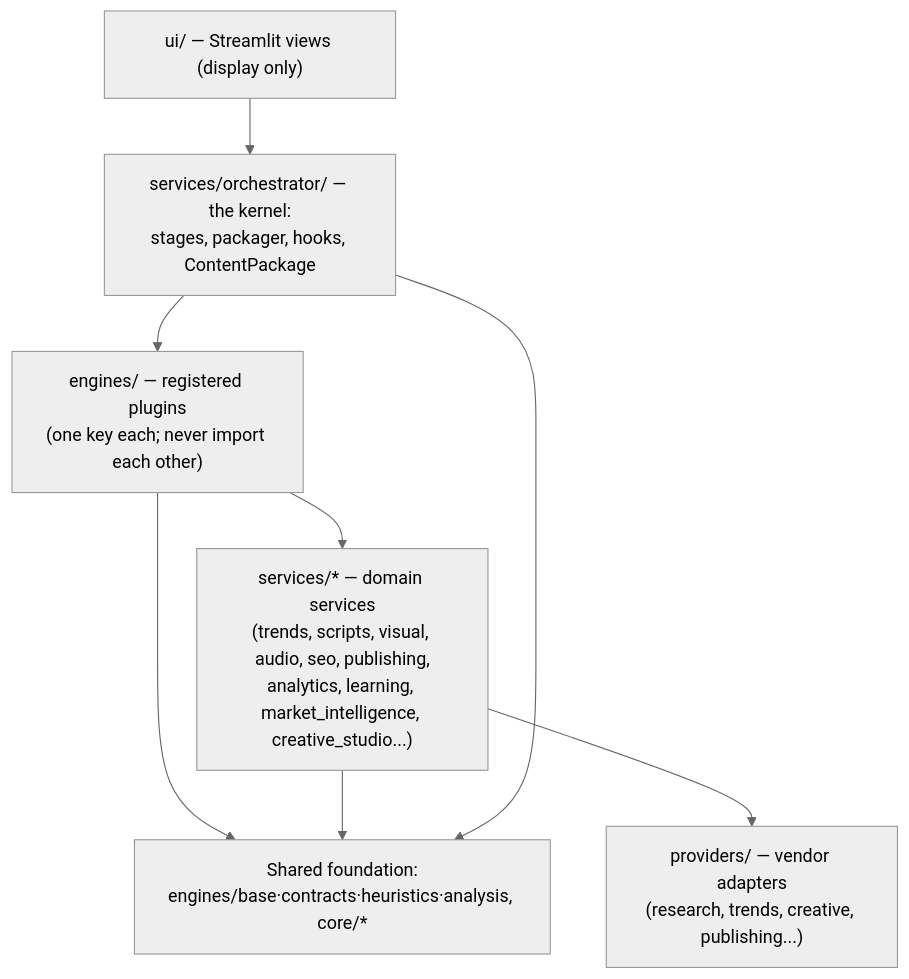
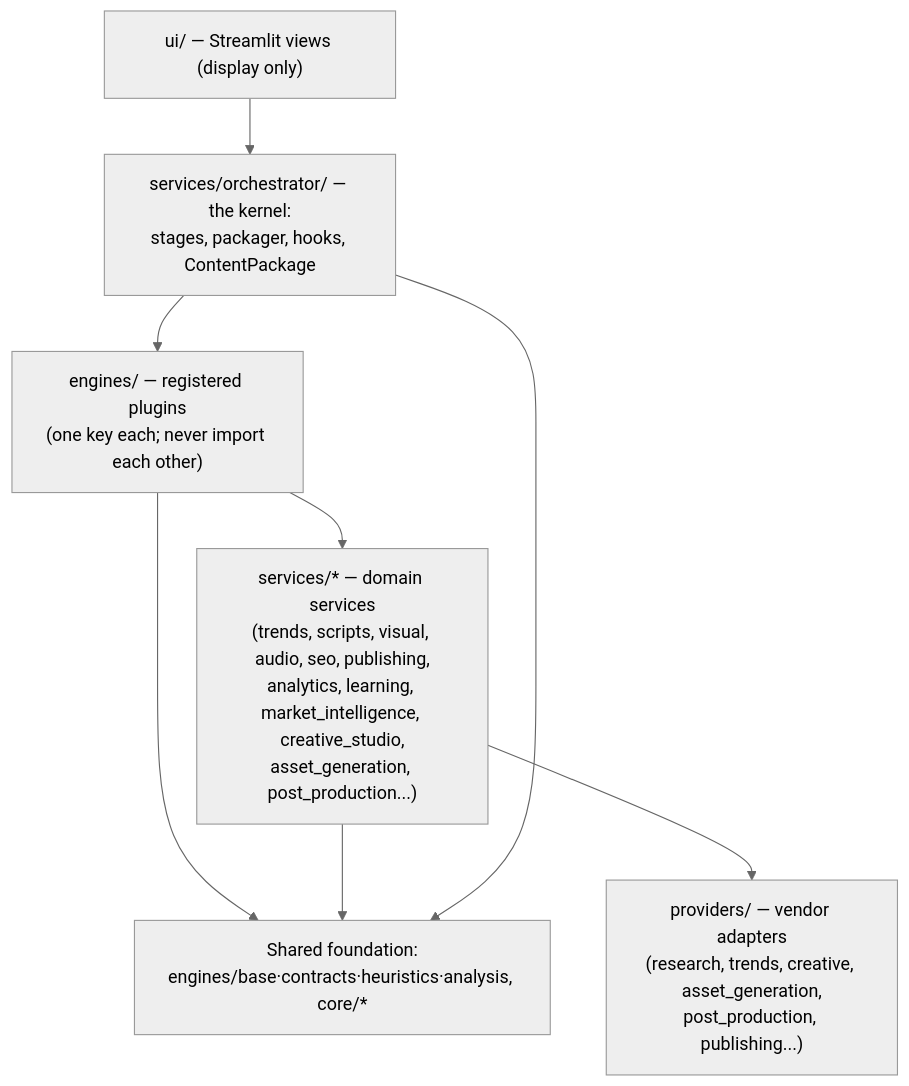
Before and after one commit to jbrottem1/generational: the first of 2 diagrams in SYSTEM_DEPENDENCY_MAP.md, drawn with Mermaid (neutral theme). The commit also changed other lines of this file and 18 other files, not shown here.

First line of the commit message:
Architecture review v9.9: integrate Agents 12-17 into preferred pipeline

````diff
--- a/SYSTEM_DEPENDENCY_MAP.md
+++ b/SYSTEM_DEPENDENCY_MAP.md
@@ -14,17 +14,17 @@
 ```mermaid
 graph TD
     UI["ui/ — Streamlit views (display only)"]
     ORCH["services/orchestrator/ — the kernel:<br/>stages, packager, hooks, ContentPackage"]
-    SVC["services/* — domain services<br/>(trends, scripts, visual, audio, seo, publishing,<br/>analytics, learning, market_intelligence, creative_studio...)"]
+    SVC["services/* — domain services<br/>(trends, scripts, visual, audio, seo, publishing,<br/>analytics, learning, market_intelligence, creative_studio,<br/>asset_generation, post_production...)"]
     ENG["engines/ — registered plugins<br/>(one key each; never import each other)"]
     LIB["Shared foundation:<br/>engines/base·contracts·heuristics·analysis, core/*"]
-    PROV["providers/ — vendor adapters<br/>(research, trends, creative, publishing...)"]
+    PROV["providers/ — vendor adapters<br/>(research, trends, creative, asset_generation,<br/>post_production, publishing...)"]
 
     UI --> ORCH
     ORCH --> ENG
     ENG --> SVC
     ENG --> LIB
     SVC --> LIB
     SVC --> PROV
     ORCH --> LIB
 ```
````
